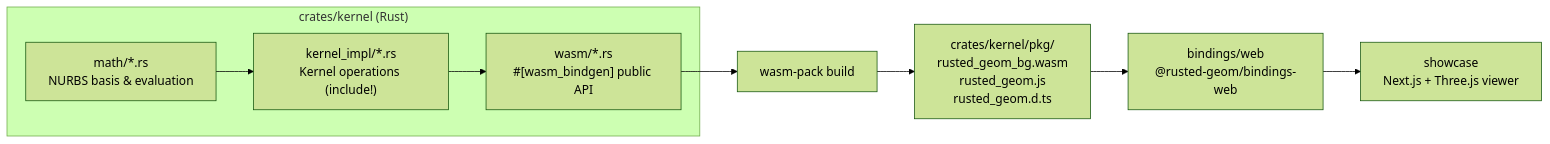
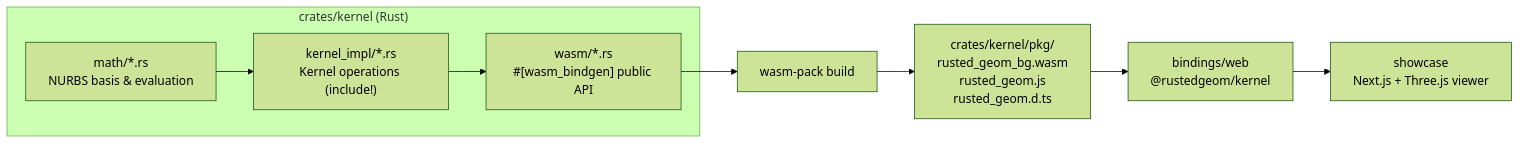
The diagram in docs/architecture/kernel-module-map.md (RustedGeom/rusted-geom), drawn with Mermaid (forest theme) before and after one commit. The commit also changed 12 other files, not shown here.

First line of the commit message:
Rename npm package to @rustedgeom/kernel for RustedGeom org

````diff
--- a/docs/architecture/kernel-module-map.md
+++ b/docs/architecture/kernel-module-map.md
@@ -7,15 +7,15 @@
 ```mermaid
 flowchart LR
   subgraph Rust["crates/kernel (Rust)"]
     MATH["math/*.rs\nNURBS basis & evaluation"]
     IMPL["kernel_impl/*.rs\nKernel operations (include!)"]
     WASM_API["wasm/*.rs\n#[wasm_bindgen] public API"]
     MATH --> IMPL
     IMPL --> WASM_API
   end
 
   WASM_API --> WASMPACK["wasm-pack build"]
   WASMPACK --> PKG["crates/kernel/pkg/\nrusted_geom_bg.wasm\nrusted_geom.js\nrusted_geom.d.ts"]
-  PKG --> WEBPKG["bindings/web\n@rusted-geom/bindings-web"]
+  PKG --> WEBPKG["bindings/web\n@rustedgeom/kernel"]
   WEBPKG --> SHOWCASE["showcase\nNext.js + Three.js viewer"]
 ```
````
